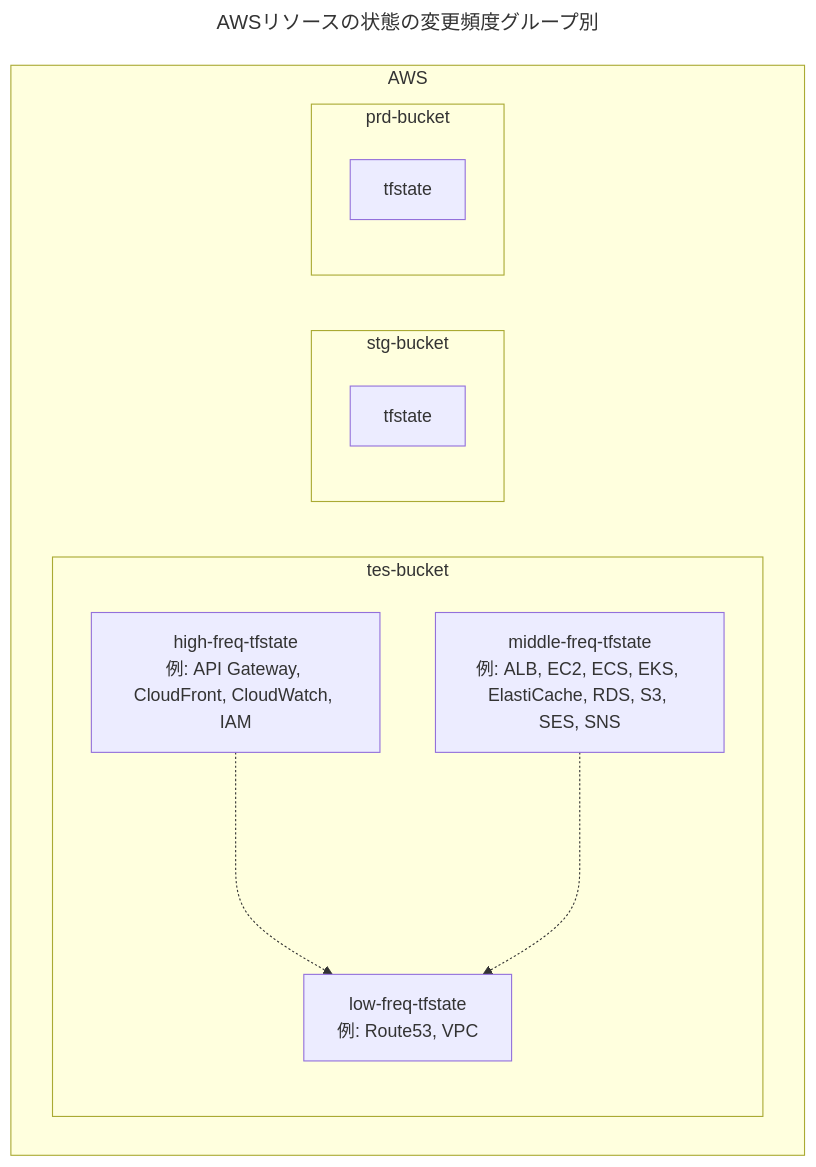
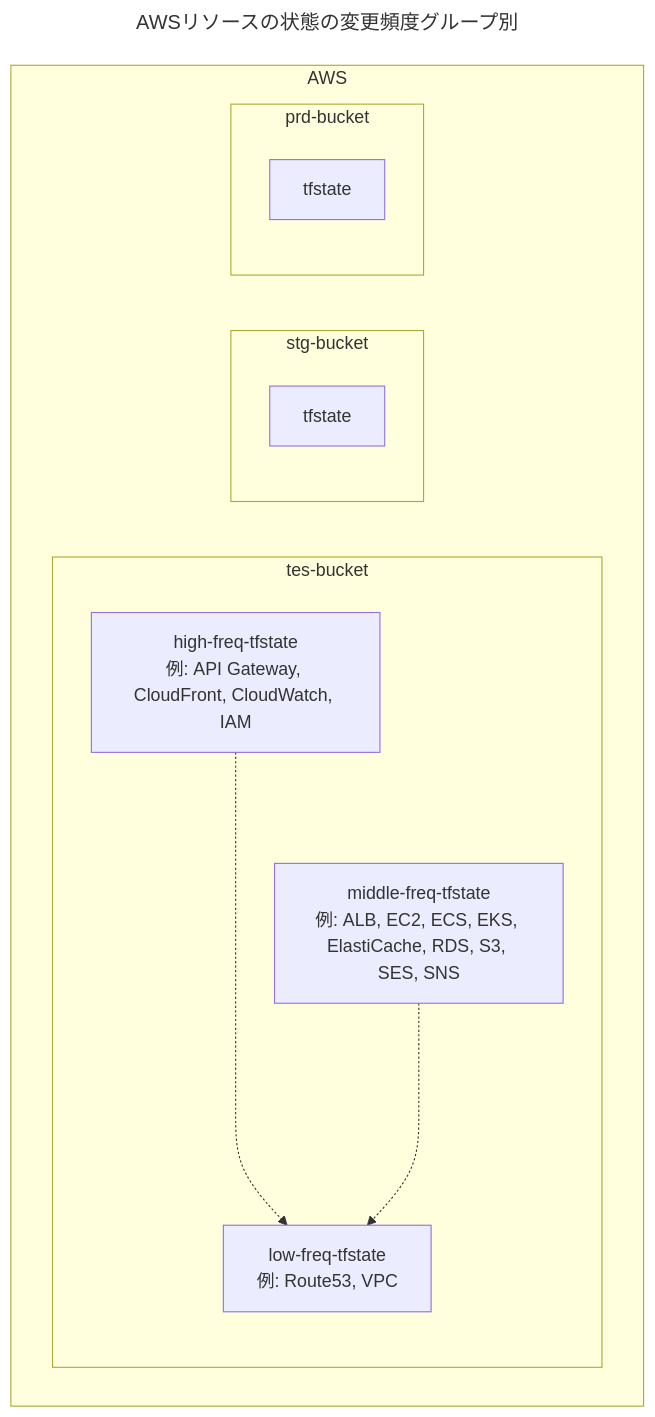
Diagram 11 of 12 in dist/entry/2023/07/01/180257.md (hiroki-it/hatenablog), drawn with Mermaid before and after one commit. The commit also changed other lines of this file, not shown here.

Commit message:
update 記事を更新した。

````diff
--- a/dist/entry/2023/07/01/180257.md
+++ b/dist/entry/2023/07/01/180257.md
@@ -2016,22 +2016,22 @@
 ```mermaid
 ---
 title: AWSリソースの状態の変更頻度グループ別
 ---
 %%{init:{'theme':'default'}}%%
 flowchart TB
     subgraph AWS
         subgraph tes-bucket
             high["high-freq-tfstate<br>例: API Gateway, CloudFront, CloudWatch, IAM"]
             middle["middle-freq-tfstate<br>例: ALB, EC2, ECS, EKS, ElastiCache, RDS, S3, SES, SNS"]
             low["low-freq-tfstate<br>例: Route53, VPC"]
-            high-..->low
+            high-...->low
             middle-..->low
         end
     subgraph stg-bucket
         stg["tfstate"]
     end
     subgraph prd-bucket
         prd["tfstate"]
     end
     end
 ```
````
